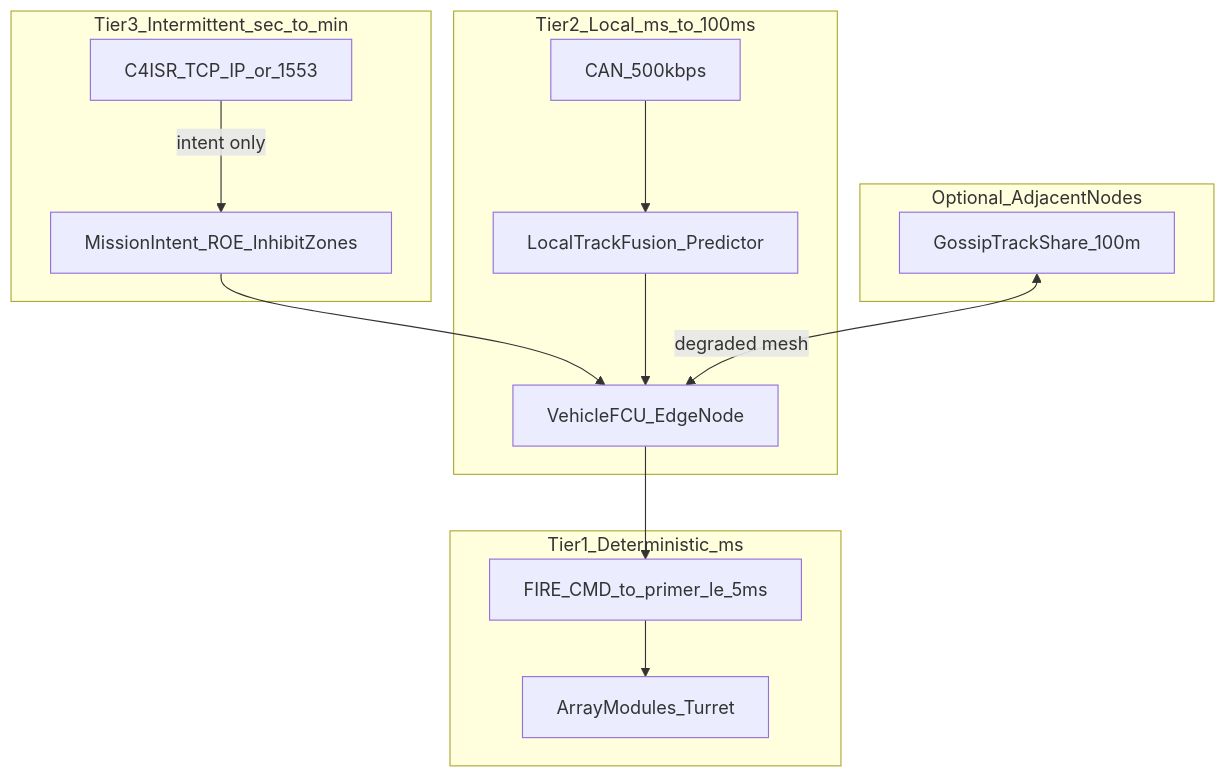
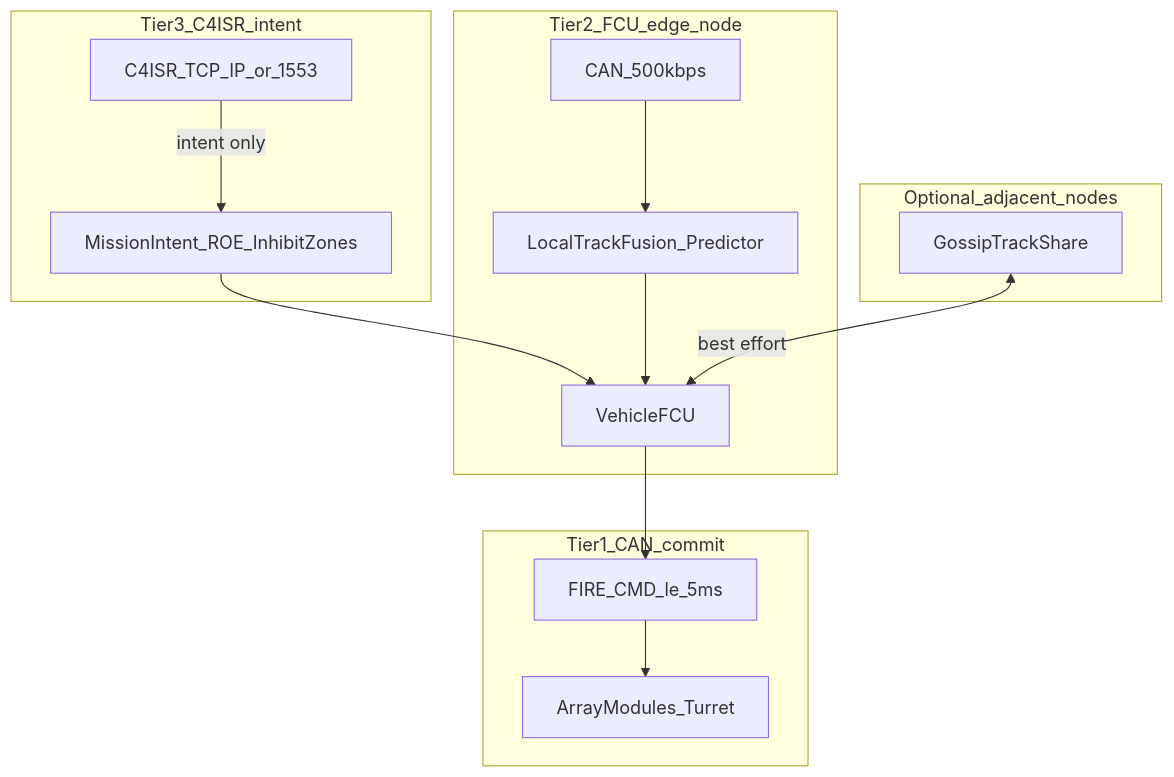
The diagram in docs/NETWORK_ARCHITECTURE.md (FratresMedAI/MFKS-Kinetic-Cloud), drawn with Mermaid before and after one commit. The commit also changed other lines of this file and 8 other files, not shown here.

````diff
--- a/docs/NETWORK_ARCHITECTURE.md
+++ b/docs/NETWORK_ARCHITECTURE.md
@@ -32,26 +32,26 @@
 ```mermaid
 flowchart TB
-  subgraph tier3 [Tier3_Intermittent_sec_to_min]
+  subgraph tier3 [Tier3_C4ISR_intent]
     C4ISR[C4ISR_TCP_IP_or_1553]
     Intent[MissionIntent_ROE_InhibitZones]
   end
-  subgraph tier2 [Tier2_Local_ms_to_100ms]
-    FCU[VehicleFCU_EdgeNode]
+  subgraph tier2 [Tier2_FCU_edge_node]
+    FCU[VehicleFCU]
     LocalFusion[LocalTrackFusion_Predictor]
     CAN[CAN_500kbps]
   end
-  subgraph tier1 [Tier1_Deterministic_ms]
-    FirePath[FIRE_CMD_to_primer_le_5ms]
+  subgraph tier1 [Tier1_CAN_commit]
+    FirePath[FIRE_CMD_le_5ms]
     Modules[ArrayModules_Turret]
   end
-  subgraph optional [Optional_AdjacentNodes]
-    Gossip[GossipTrackShare_100m]
+  subgraph optional [Optional_adjacent_nodes]
+    Gossip[GossipTrackShare]
   end
   C4ISR -->|"intent only"| Intent
   Intent --> FCU
   LocalFusion --> FCU
   CAN --> LocalFusion
   FCU --> FirePath
   FirePath --> Modules
-  Gossip <-->|"degraded mesh"| FCU
+  Gossip <-->|"best effort"| FCU
 ```
````
